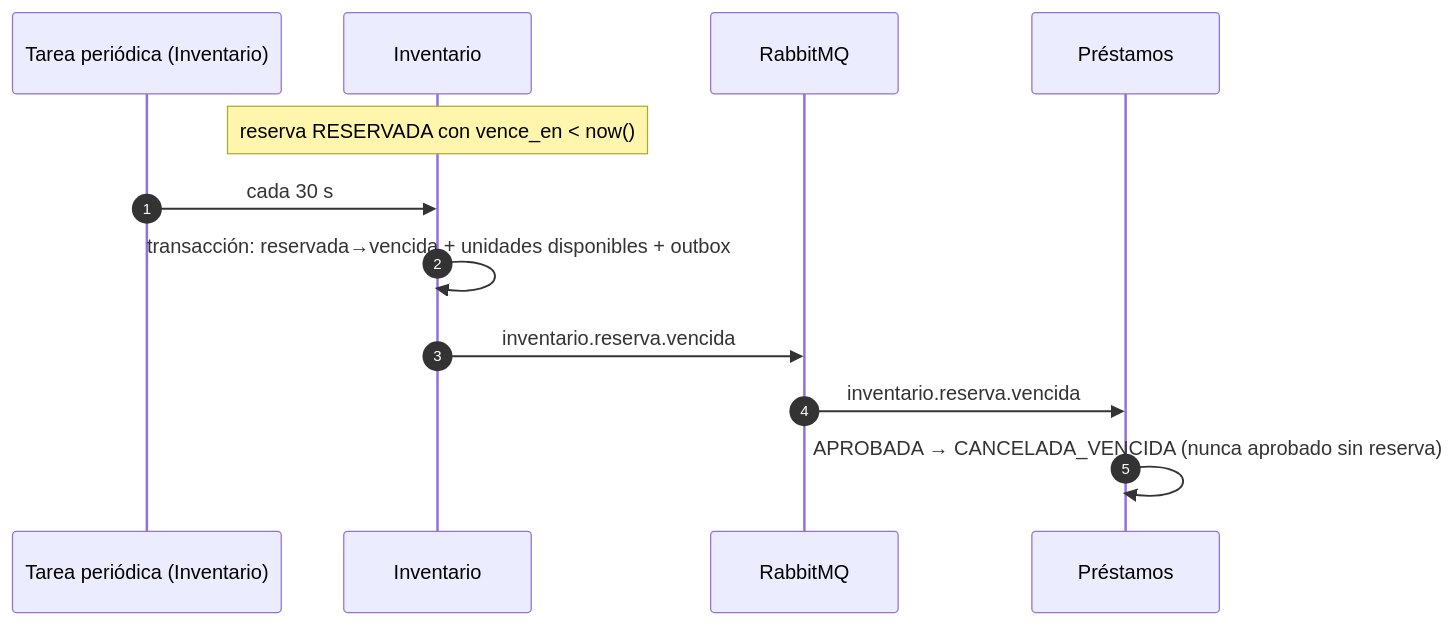
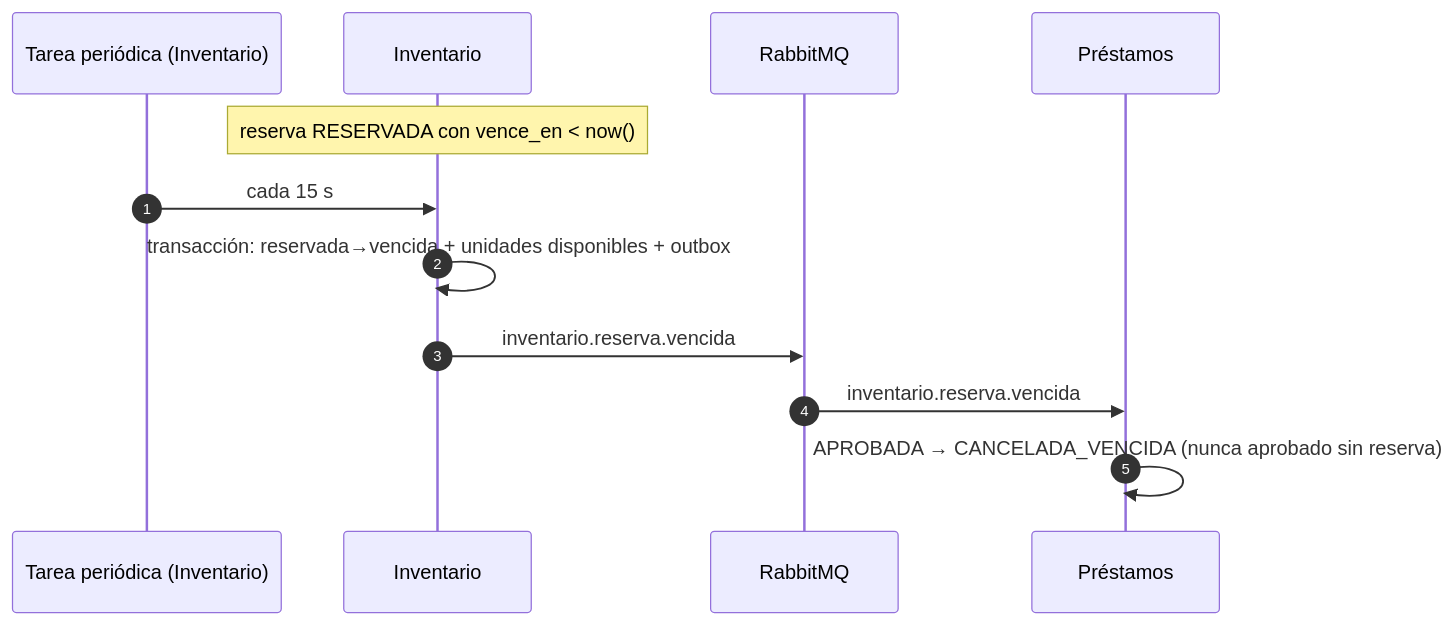
One commit to navyri/CrediMarket changed the fifth of 5 diagrams in docs/arquitectura/diagramas.md. Above: the diagram before and after it, drawn with Mermaid. The commit also changed other lines of this file and 14 other files, not shown here.

````diff
--- a/docs/arquitectura/diagramas.md
+++ b/docs/arquitectura/diagramas.md
@@ -131,15 +151,15 @@
 ```mermaid
 sequenceDiagram
     autonumber
     participant T as Tarea periódica (Inventario)
     participant I as Inventario
     participant B as RabbitMQ
     participant P as Préstamos
 
     Note over I: reserva RESERVADA con vence_en < now()
-    T->>I: cada 30 s
+    T->>I: cada 15 s
     I->>I: transacción: reservada→vencida + unidades disponibles + outbox
     I->>B: inventario.reserva.vencida
     B->>P: inventario.reserva.vencida
     P->>P: APROBADA → CANCELADA_VENCIDA (nunca aprobado sin reserva)
 ```
````
